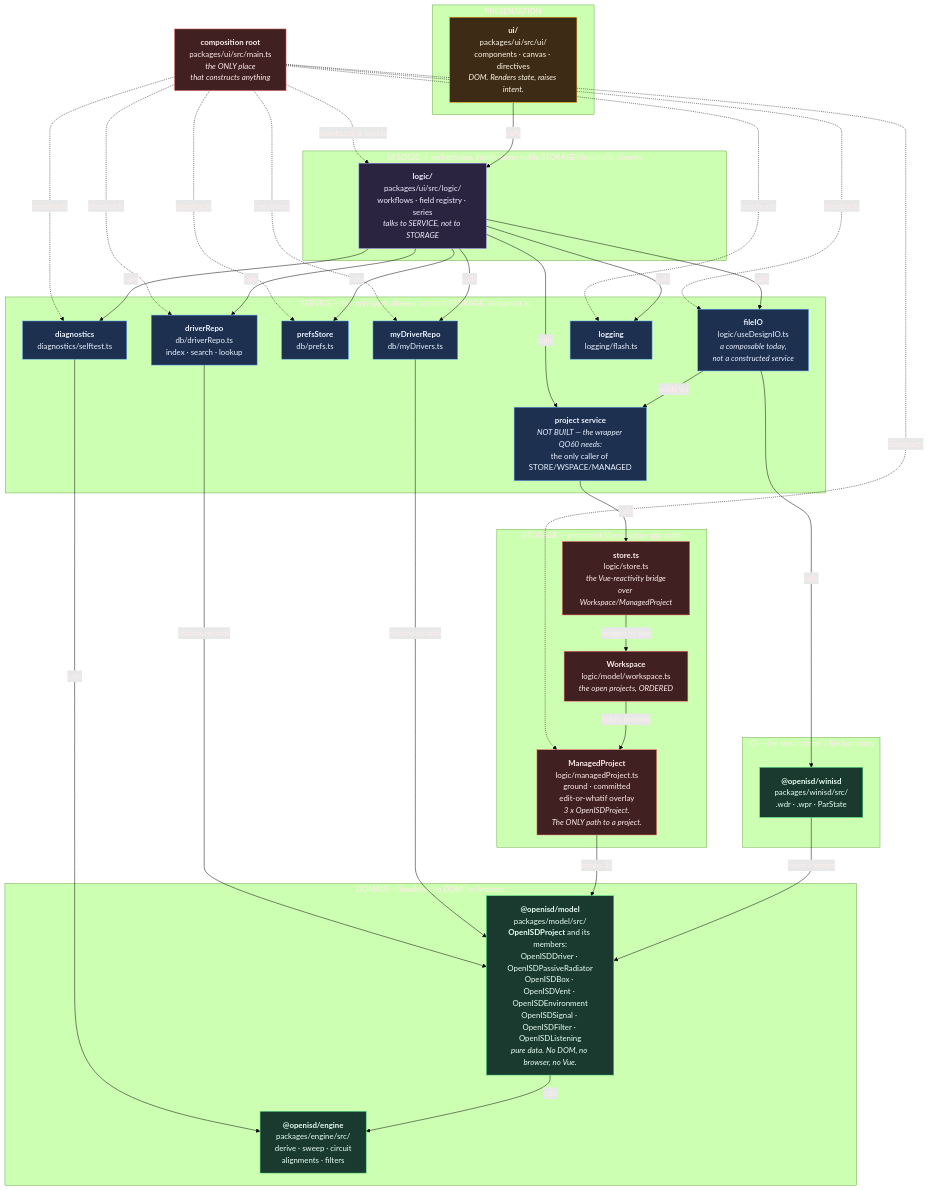
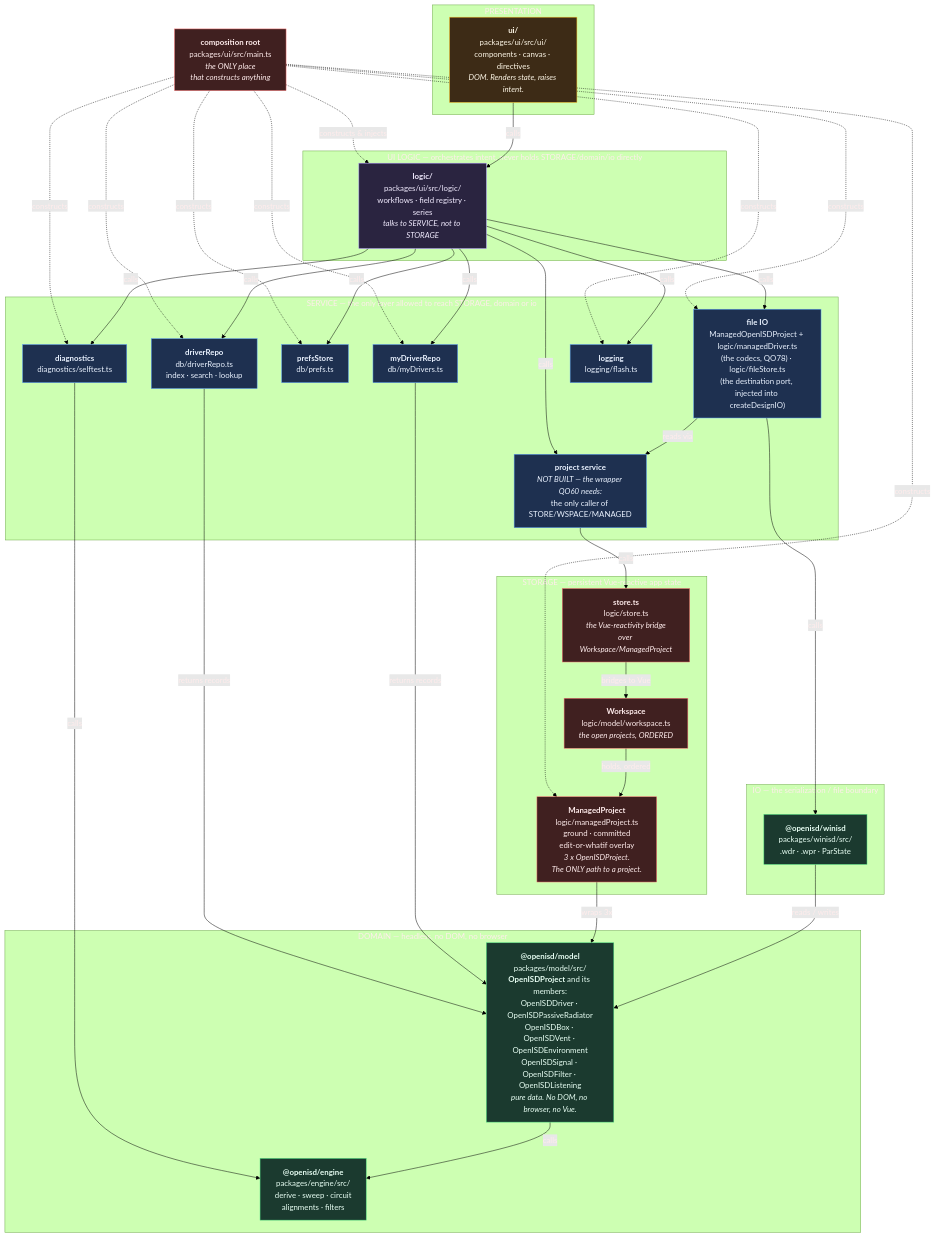
The second of 5 diagrams in ARCHITECTURE.md (Johnlon/openisd), drawn with Mermaid (forest theme) before and after one commit. The commit also changed other lines of this file and 80 other files, not shown here.

````diff
--- a/ARCHITECTURE.md
+++ b/ARCHITECTURE.md
@@ -159,81 +159,81 @@
 ```mermaid
 graph TD
     subgraph L1["PRESENTATION"]
         UI["<b>ui/</b><br/>packages/ui/src/ui/<br/>components · canvas · directives<br/><i>DOM. Renders state, raises intent.</i>"]
     end
 
     subgraph L2["UI LOGIC — orchestrates intent, never holds STORAGE/domain/io directly"]
         LOGIC["<b>logic/</b><br/>packages/ui/src/logic/<br/>workflows · field registry · series<br/><i>talks to SERVICE, not to STORAGE</i>"]
     end
 
     subgraph L3["SERVICE — the only layer allowed to reach STORAGE, domain or io"]
         DRIVERREPO["<b>driverRepo</b><br/>db/driverRepo.ts<br/>index · search · lookup"]
         MYREPO["<b>myDriverRepo</b><br/>db/myDrivers.ts"]
         PREFS["<b>prefsStore</b><br/>db/prefs.ts"]
-        FILEIO["<b>fileIO</b><br/>logic/useDesignIO.ts<br/><i>a composable today,<br/>not a constructed service</i>"]
+        FILEIO["<b>file IO</b><br/>ManagedOpenISDProject + logic/managedDriver.ts<br/>(the codecs, QO78) · logic/fileStore.ts<br/>(the destination port, injected into createDesignIO)"]
         DIAG["<b>diagnostics</b><br/>diagnostics/selftest.ts"]
         LOGGING["<b>logging</b><br/>logging/flash.ts"]
         PROJSVC["<b>project service</b><br/><i>NOT BUILT — the wrapper QO60 needs:</i><br/>the only caller of STORE/WSPACE/MANAGED"]
     end
 
     subgraph L4a["STORAGE — persistent Vue-reactive app state"]
         WSPACE["<b>Workspace</b><br/>logic/model/workspace.ts<br/><i>the open projects, ORDERED</i>"]
         MANAGED["<b>ManagedProject</b><br/>logic/managedProject.ts<br/>ground · committed<br/>edit-or-whatif overlay<br/><i>3 x OpenISDProject.<br/>The ONLY path to a project.</i>"]
         STORE["<b>store.ts</b><br/>logic/store.ts<br/><i>the Vue-reactivity bridge<br/>over Workspace/ManagedProject</i>"]
     end
 
     subgraph L4b["DOMAIN — headless, no DOM, no browser"]
         MODEL["<b>@openisd/model</b><br/>packages/model/src/<br/><b>OpenISDProject</b> and its members:<br/>OpenISDDriver · OpenISDPassiveRadiator<br/>OpenISDBox · OpenISDVent · OpenISDEnvironment<br/>OpenISDSignal · OpenISDFilter · OpenISDListening<br/><i>pure data. No DOM, no browser, no Vue.</i>"]
         ENGINE["<b>@openisd/engine</b><br/>packages/engine/src/<br/>derive · sweep · circuit<br/>alignments · filters"]
     end
 
     subgraph L4c["IO — the serialization / file boundary"]
         SERIAL["<b>@openisd/winisd</b><br/>packages/winisd/src/<br/>.wdr · .wpr · ParState"]
     end
 
     ROOT["<b>composition root</b><br/>packages/ui/src/main.ts<br/><i>the ONLY place<br/>that constructs anything</i>"]
 
     ROOT -. "constructs & injects" .-> LOGIC
     ROOT -. "constructs" .-> MANAGED
     ROOT -. "constructs" .-> DRIVERREPO
     ROOT -. "constructs" .-> MYREPO
     ROOT -. "constructs" .-> PREFS
     ROOT -. "constructs" .-> FILEIO
     ROOT -. "constructs" .-> DIAG
     ROOT -. "constructs" .-> LOGGING
 
     UI -->|calls| LOGIC
     LOGIC -->|calls| PROJSVC
     LOGIC -->|calls| DRIVERREPO
     LOGIC -->|calls| MYREPO
     LOGIC -->|calls| PREFS
     LOGIC -->|calls| FILEIO
     LOGIC -->|calls| DIAG
     LOGIC -->|calls| LOGGING
     PROJSVC -->|calls| STORE
     STORE -->|"bridges to Vue"| WSPACE
     WSPACE -->|"holds, ordered"| MANAGED
     DRIVERREPO -->|"returns records"| MODEL
     MYREPO -->|"returns records"| MODEL
     FILEIO -->|calls| SERIAL
     FILEIO -->|"reads via"| PROJSVC
     DIAG -->|calls| ENGINE
     MANAGED -->|"wraps 3x"| MODEL
     MODEL -->|calls| ENGINE
     SERIAL -->|"reads / writes"| MODEL
 
     classDef pres fill:#3d2b16,stroke:#fbbf24,color:#fff8e8
     classDef app fill:#2a2440,stroke:#a78bfa,color:#f2ecff
     classDef svc fill:#1e3050,stroke:#60a5fa,color:#eaf2ff
     classDef storage fill:#402020,stroke:#f87171,color:#ffecec
     classDef dom fill:#1b3a2f,stroke:#4ade80,color:#e8fff4
     classDef io fill:#1b3a2f,stroke:#4ade80,color:#e8fff4
     classDef root fill:#402020,stroke:#f87171,color:#ffecec
     class UI pres
     class LOGIC app
     class DRIVERREPO,MYREPO,PREFS,FILEIO,DIAG,LOGGING,PROJSVC svc
     class WSPACE,MANAGED,STORE storage
     class MODEL,ENGINE dom
     class SERIAL io
     class ROOT root
 ```
````
